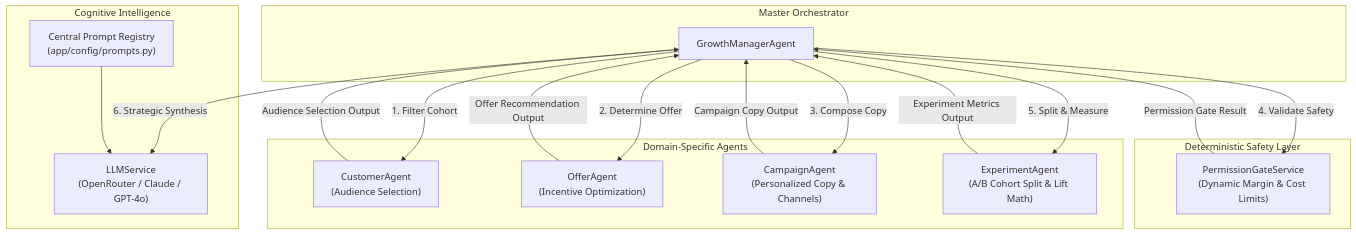
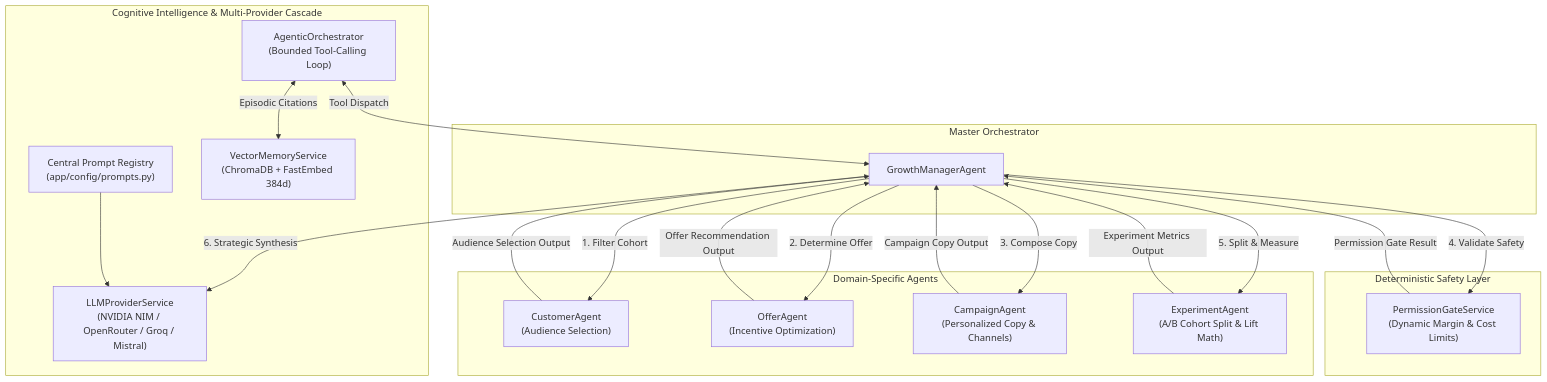
Before and after one commit to MouleeswaranR/RazorGrowth: the diagram in docs/AGENTS.md, drawn with Mermaid. The commit also changed other lines of this file and 21 other files, not shown here.

````diff
--- a/docs/AGENTS.md
+++ b/docs/AGENTS.md
@@ -7,35 +7,39 @@
 ```mermaid
 graph TD
     subgraph Master["Master Orchestrator"]
         GMA["GrowthManagerAgent"]
     end
 
     subgraph SpecializedAgents["Domain-Specific Agents"]
         CA["CustomerAgent\n(Audience Selection)"]
         OA["OfferAgent\n(Incentive Optimization)"]
         CPA["CampaignAgent\n(Personalized Copy & Channels)"]
         EA["ExperimentAgent\n(A/B Cohort Split & Lift Math)"]
     end
 
     subgraph Guardrails["Deterministic Safety Layer"]
         PG["PermissionGateService\n(Dynamic Margin & Cost Limits)"]
     end
 
-    subgraph LLM["Cognitive Intelligence"]
+    subgraph LLM["Cognitive Intelligence & Multi-Provider Cascade"]
         PROMPTS["Central Prompt Registry\n(app/config/prompts.py)"]
-        LLM_SVC["LLMService\n(OpenRouter / Claude / GPT-4o)"]
+        LLM_SVC["LLMProviderService\n(NVIDIA NIM / OpenRouter / Groq / Mistral)"]
+        REACT["AgenticOrchestrator\n(Bounded Tool-Calling Loop)"]
+        RAG["VectorMemoryService\n(ChromaDB + FastEmbed 384d)"]
     end
 
     GMA -->|1. Filter Cohort| CA
     CA -->|Audience Selection Output| GMA
     GMA -->|2. Determine Offer| OA
     OA -->|Offer Recommendation Output| GMA
     GMA -->|3. Compose Copy| CPA
     CPA -->|Campaign Copy Output| GMA
     GMA -->|4. Validate Safety| PG
     PG -->|Permission Gate Result| GMA
     GMA -->|5. Split & Measure| EA
     EA -->|Experiment Metrics Output| GMA
     GMA -->|6. Strategic Synthesis| LLM_SVC
+    REACT <-->|Tool Dispatch| GMA
+    REACT <-->|Episodic Citations| RAG
     PROMPTS --> LLM_SVC
 ```
````
